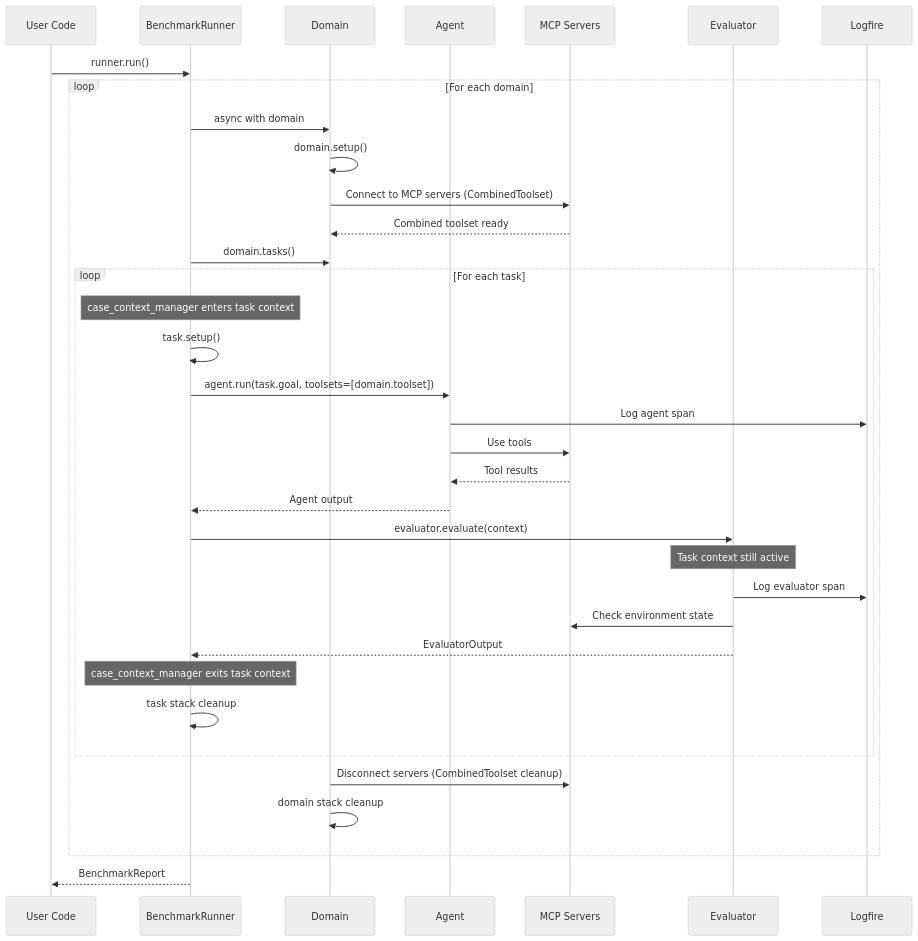
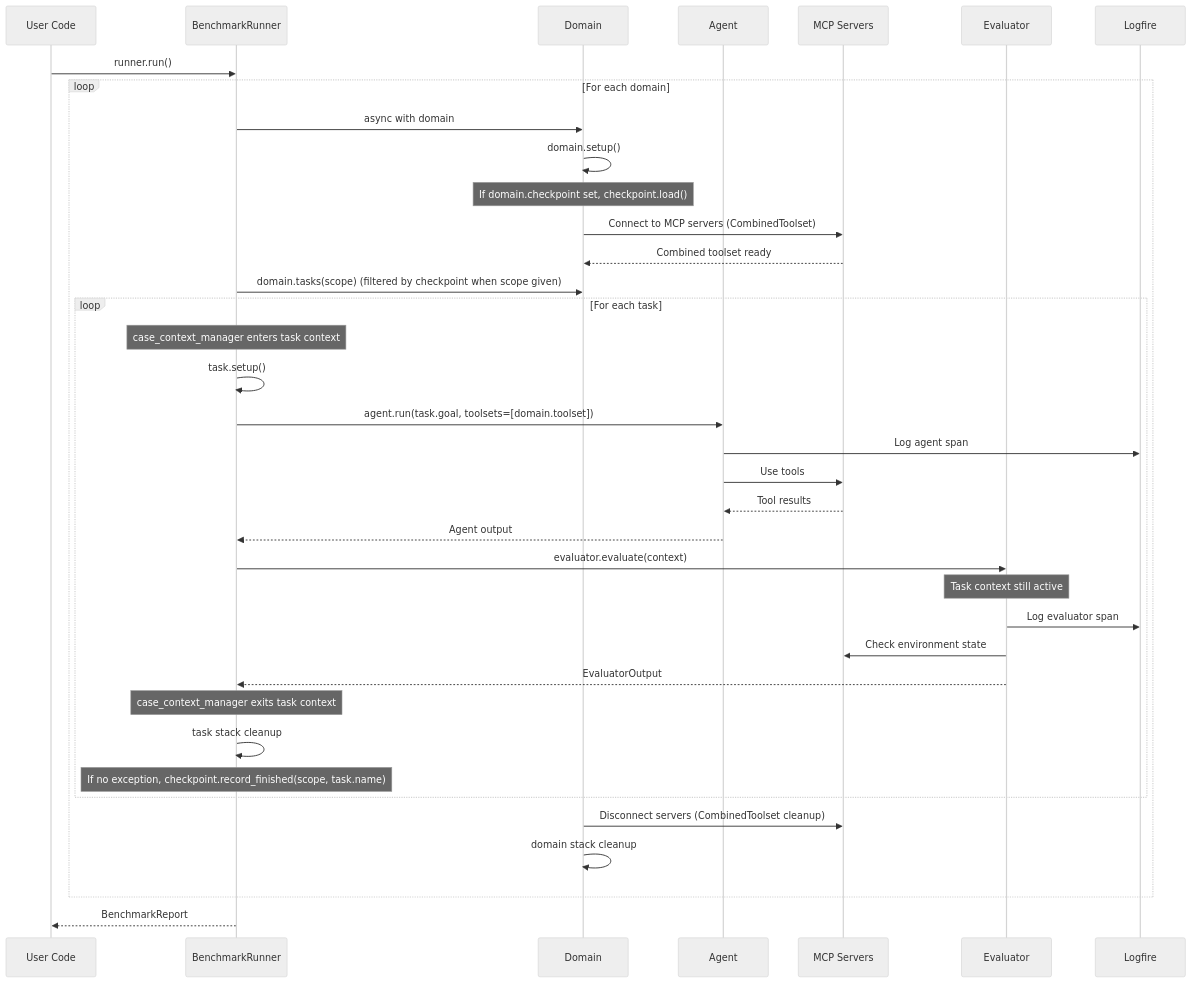
The second of 3 diagrams in README.md (deeppavlov/mcp-evals), drawn with Mermaid (neutral theme) before and after one commit. The commit also changed other lines of this file, not shown here.

````diff
--- a/README.md
+++ b/README.md
@@ -474,43 +520,45 @@
 ```mermaid
 sequenceDiagram
     participant U as User Code
     participant R as BenchmarkRunner
     participant D as Domain
     participant A as Agent
     participant MCP as MCP Servers
     participant E as Evaluator
     participant LF as Logfire
 
     U->>R: runner.run()
     
     loop For each domain
         R->>D: async with domain
         D->>D: domain.setup()
+        Note over D: If domain.checkpoint set, checkpoint.load()
         D->>MCP: Connect to MCP servers (CombinedToolset)
         MCP-->>D: Combined toolset ready
-        R->>D: domain.tasks()
+        R->>D: domain.tasks(scope)  (filtered by checkpoint when scope given)
         
         loop For each task
             Note over R: case_context_manager enters task context
             R->>R: task.setup()
             R->>A: agent.run(task.goal, toolsets=[domain.toolset])
             A->>LF: Log agent span
             A->>MCP: Use tools
             MCP-->>A: Tool results
             A-->>R: Agent output
             
             R->>E: evaluator.evaluate(context)
             Note over E: Task context still active
             E->>LF: Log evaluator span
             E->>MCP: Check environment state
             E-->>R: EvaluatorOutput
             Note over R: case_context_manager exits task context
             R->>R: task stack cleanup
+            Note over R: If no exception, checkpoint.record_finished(scope, task.name)
         end
 
         D->>MCP: Disconnect servers (CombinedToolset cleanup)
         D->>D: domain stack cleanup
     end
     
     R-->>U: BenchmarkReport
 ```
````
